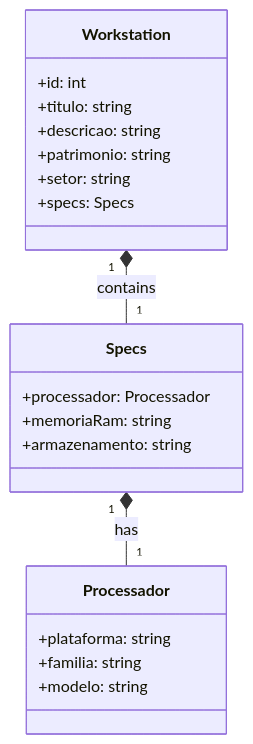
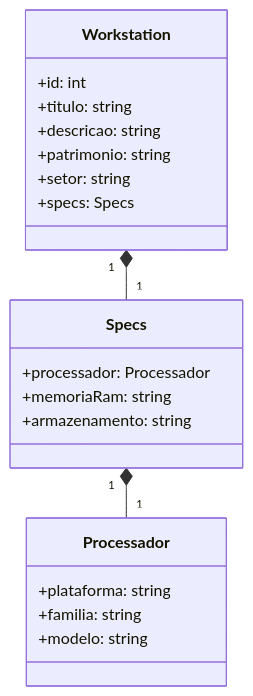
Before and after one commit to AlissonSilva07/projeto-api-rest-deploy: the diagram in README.md, drawn with Mermaid.

Commit message:
Edit do diagrama de classes em Mermaid.

````diff
--- a/README.md
+++ b/README.md
@@ -5,26 +5,26 @@
 ```mermaid
 classDiagram
   class Workstation {
     +id: int
     +titulo: string
     +descricao: string
     +patrimonio: string
     +setor: string
     +specs: Specs
   }
 
   class Specs {
     +processador: Processador
     +memoriaRam: string
     +armazenamento: string
   }
 
   class Processador {
     +plataforma: string
     +familia: string
     +modelo: string
   }
 
-  Workstation "1" *-- "1" Specs : contains
-  Specs "1" *-- "1" Processador : has
+  Workstation "1" *-- "1" Specs
+  Specs "1" *-- "1" Processador
 ```
````
